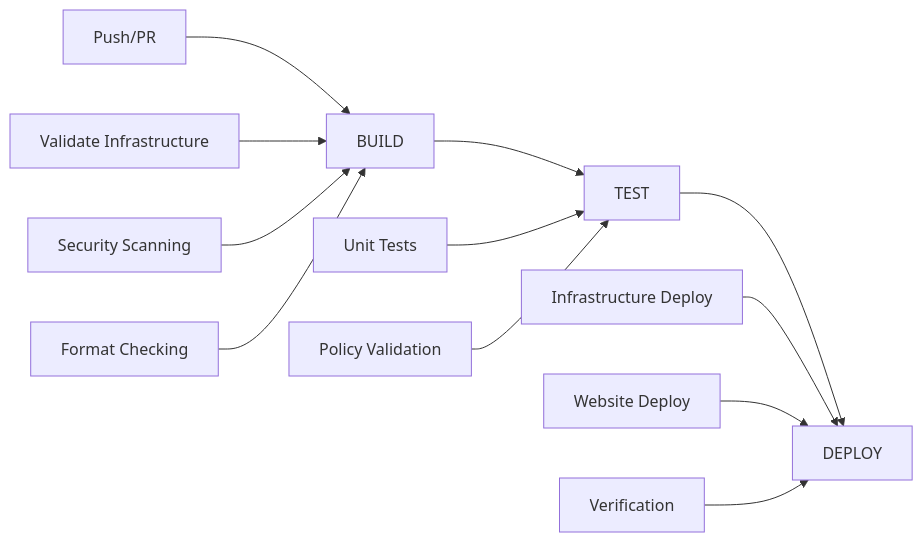
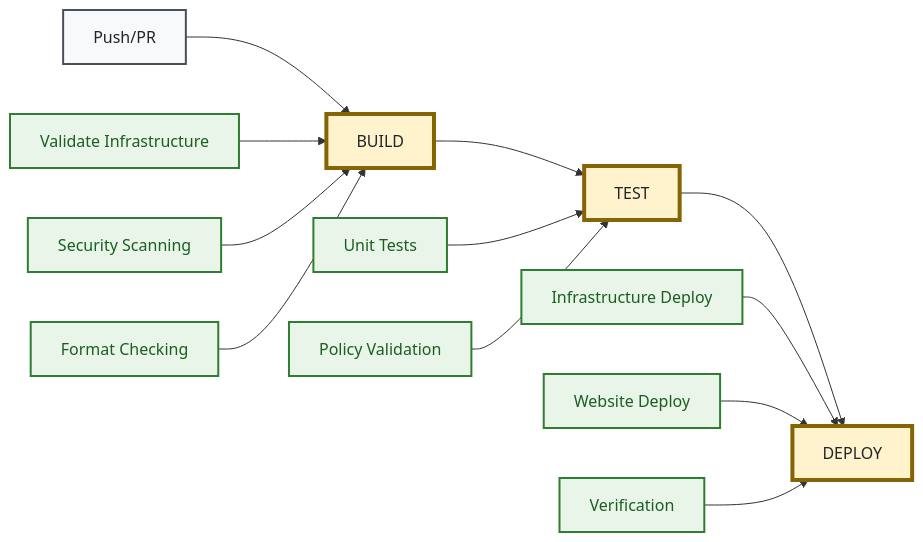
The diagram in docs/deployment.md (Celtikill/static-site), drawn with Mermaid before and after one commit. The commit also changed 11 other files, not shown here.

````diff
--- a/docs/deployment.md
+++ b/docs/deployment.md
@@ -38,17 +38,30 @@
 ```mermaid
 graph LR
+    %% Accessibility
+    accTitle: Deployment Workflow Overview
+    accDescr: Shows deployment workflow from push or pull request through BUILD, TEST, and DEPLOY phases. BUILD includes infrastructure validation, security scanning, and format checking. TEST includes unit tests and policy validation. DEPLOY includes infrastructure deployment, website deployment, and verification.
+    
     A[Push/PR] --> B[BUILD]
     B --> C[TEST] 
     C --> D[DEPLOY]
     
     B1[Validate Infrastructure] --> B
     B2[Security Scanning] --> B
     B3[Format Checking] --> B
     
     C1[Unit Tests] --> C
     C2[Policy Validation] --> C
     
     D1[Infrastructure Deploy] --> D
     D2[Website Deploy] --> D
     D3[Verification] --> D
+    
+    %% High-Contrast Styling for Accessibility
+    classDef phaseBox fill:#fff3cd,stroke:#856404,stroke-width:4px,color:#212529
+    classDef triggerBox fill:#f8f9fa,stroke:#495057,stroke-width:2px,color:#212529
+    classDef stepBox fill:#e8f5e8,stroke:#2e7d32,stroke-width:2px,color:#1b5e20
+    
+    class B,C,D phaseBox
+    class A triggerBox
+    class B1,B2,B3,C1,C2,D1,D2,D3 stepBox
 ```
````
